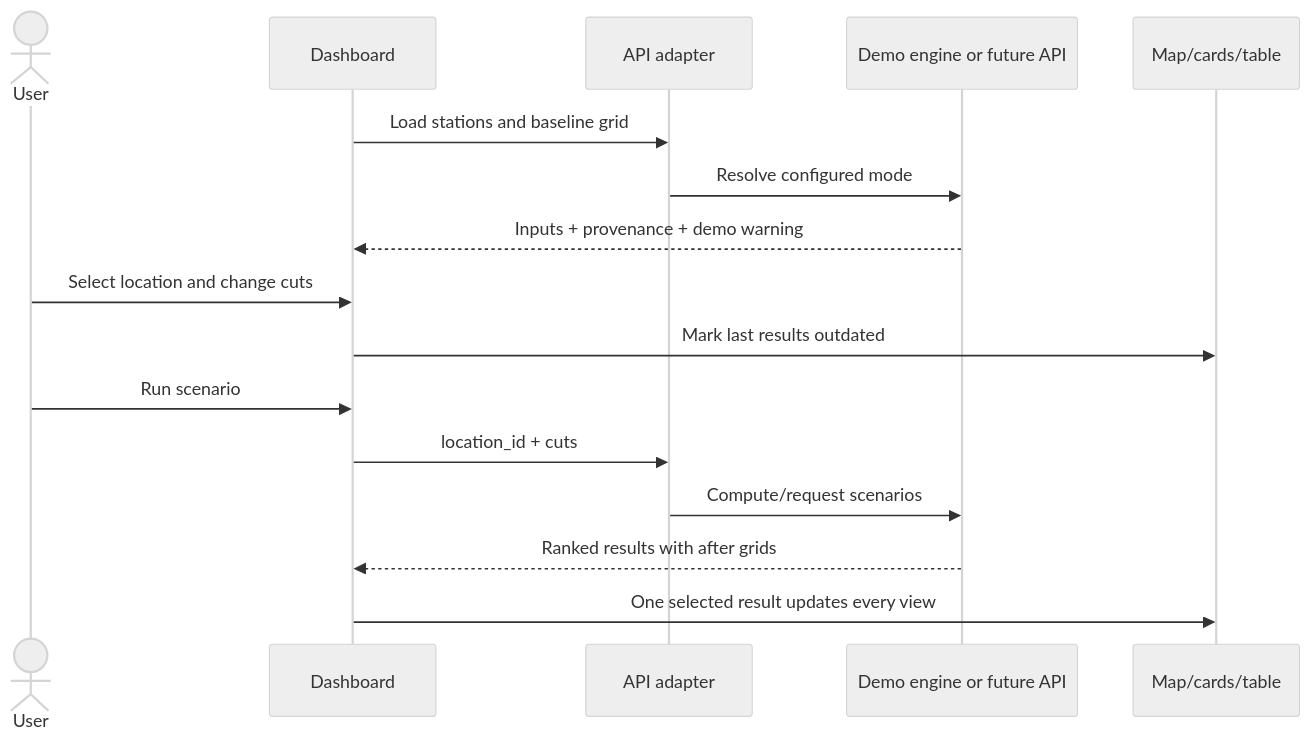
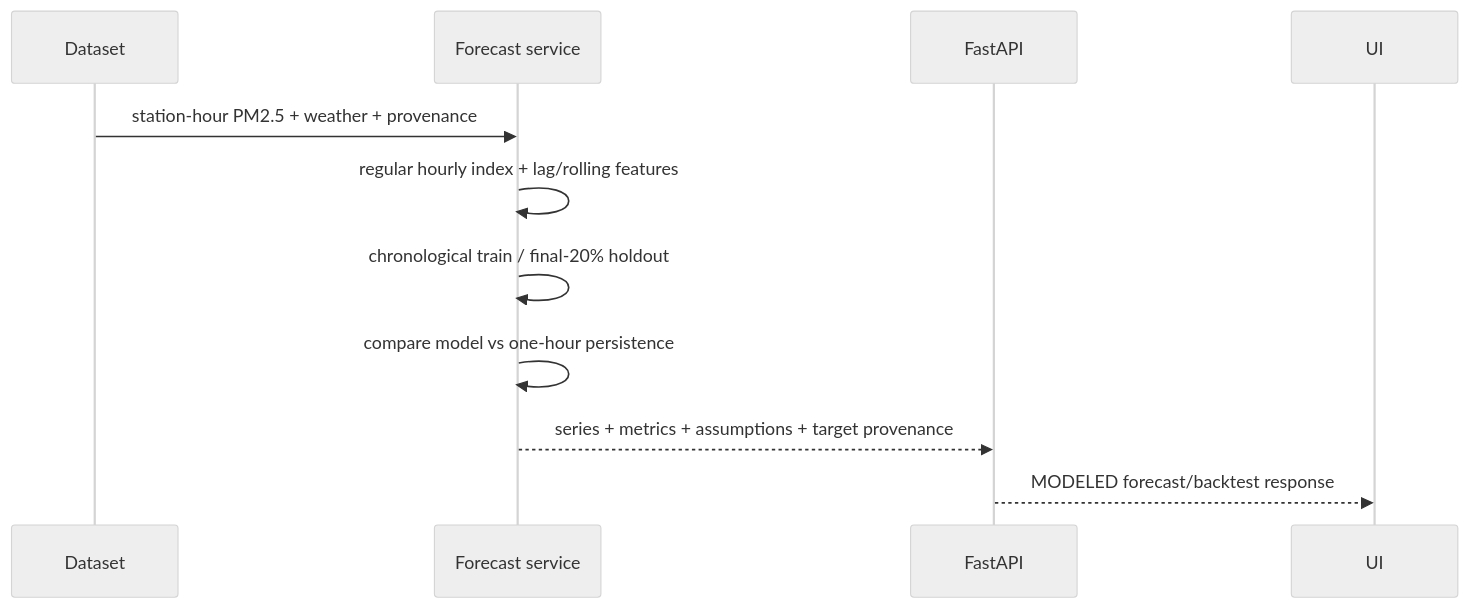
Before and after one commit to RajvardhanPatil07/AirTwin: the second of 2 diagrams in docs/architecture.md, drawn with Mermaid (neutral theme). The commit also changed other lines of this file and 24 other files, not shown here.

````diff
--- a/docs/architecture.md
+++ b/docs/architecture.md
@@ -45,18 +43,13 @@
 ```mermaid
 sequenceDiagram
-  actor User
-  participant D as Dashboard
-  participant A as API adapter
-  participant E as Demo engine or future API
-  participant V as Map/cards/table
-  D->>A: Load stations and baseline grid
-  A->>E: Resolve configured mode
-  E-->>D: Inputs + provenance + demo warning
-  User->>D: Select location and change cuts
-  D->>V: Mark last results outdated
-  User->>D: Run scenario
-  D->>A: location_id + cuts
-  A->>E: Compute/request scenarios
-  E-->>D: Ranked results with after grids
-  D->>V: One selected result updates every view
+  participant D as Dataset
+  participant F as Forecast service
+  participant A as FastAPI
+  participant U as UI
+  D->>F: station-hour PM2.5 + weather + provenance
+  F->>F: regular hourly index + lag/rolling features
+  F->>F: chronological train / final-20% holdout
+  F->>F: compare model vs one-hour persistence
+  F-->>A: series + metrics + assumptions + target provenance
+  A-->>U: MODELED forecast/backtest response
 ```
````
